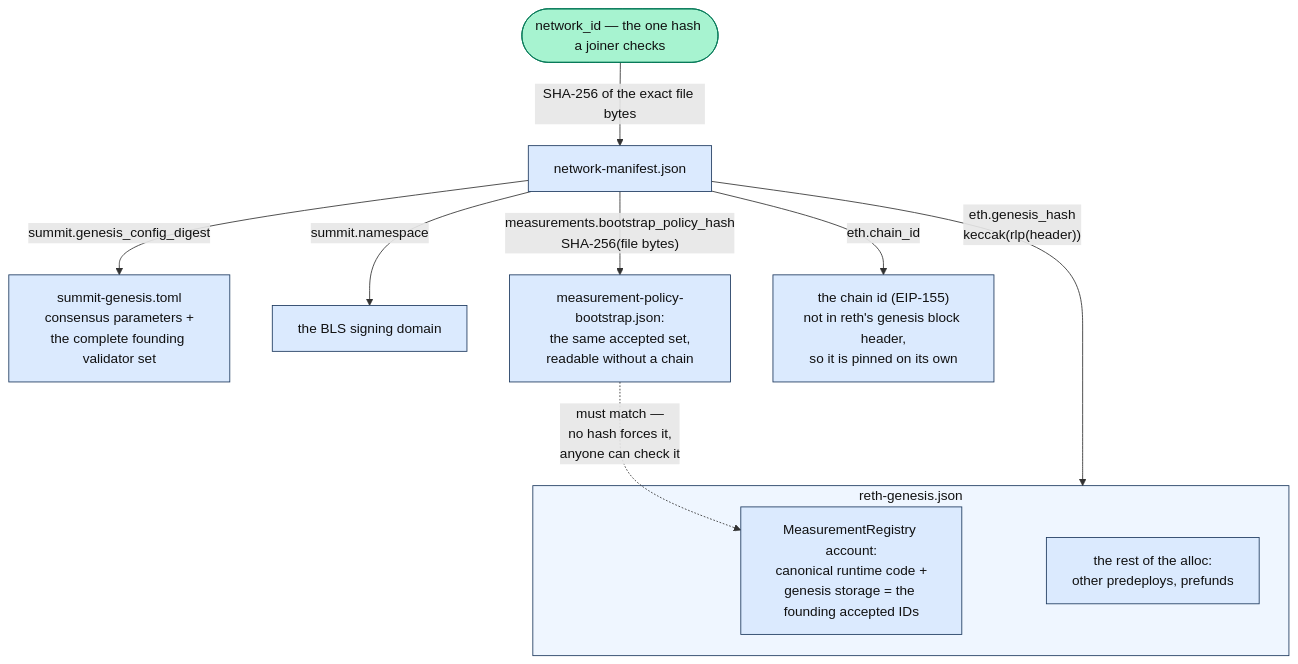
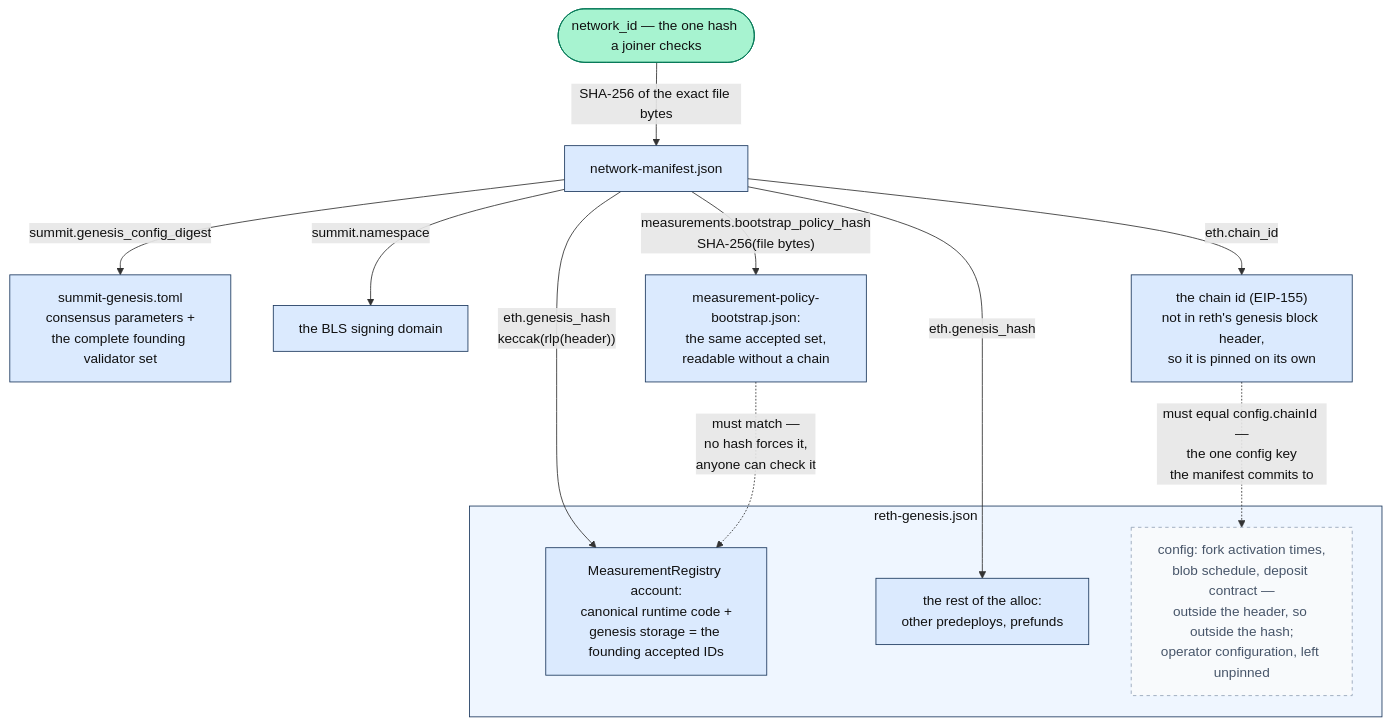
The first of 2 diagrams in docs/tee/network-manifest.md (SeismicSystems/seismic), drawn with Mermaid before and after one commit. The commit also changed other lines of this file and 1 other file, not shown here.

First line of the commit message:
docs(tee): leave the fork schedule out of the manifest

````diff
--- a/docs/tee/network-manifest.md
+++ b/docs/tee/network-manifest.md
@@ -14,21 +14,26 @@
 ```mermaid
 flowchart TD
     NID(["network_id — the one hash a joiner checks"])
     NID -->|"SHA-256 of the exact file bytes"| M["network-manifest.json"]
     subgraph RGF["reth-genesis.json"]
         REG["MeasurementRegistry account:<br/>canonical runtime code +<br/>genesis storage = the founding accepted IDs"]
         ALLOC["the rest of the alloc:<br/>other predeploys, prefunds"]
+        CFG["config: fork activation times,<br/>blob schedule, deposit contract —<br/>outside the header, so outside the hash;<br/>operator configuration, left unpinned"]
     end
-    M -->|"eth.genesis_hash<br/>keccak(rlp(header))"| RGF
+    M -->|"eth.genesis_hash<br/>keccak(rlp(header))"| REG
+    M -->|"eth.genesis_hash"| ALLOC
     M -->|"summit.genesis_config_digest"| SG["summit-genesis.toml<br/>consensus parameters +<br/>the complete founding validator set"]
     M -->|"summit.namespace"| NS["the BLS signing domain"]
     M -->|"measurements.bootstrap_policy_hash<br/>SHA-256(file bytes)"| MP["measurement-policy-bootstrap.json:<br/>the same accepted set,<br/>readable without a chain"]
     MP -.->|"must match —<br/>no hash forces it,<br/>anyone can check it"| REG
     M -->|"eth.chain_id"| CID["the chain id (EIP-155)<br/>not in reth's genesis block header,<br/>so it is pinned on its own"]
+    CID -.->|"must equal config.chainId —<br/>the one config key<br/>the manifest commits to"| CFG
 
     classDef pinned fill:#dbeafe,stroke:#1e3a5f,color:#111;
     classDef root fill:#a7f3d0,stroke:#047857,color:#111;
+    classDef unpinned fill:#f8fafc,stroke:#94a3b8,stroke-dasharray:4,color:#475569;
     class M,SG,MP,REG,ALLOC,CID,NS pinned;
     class NID root;
+    class CFG unpinned;
     style RGF fill:#eff6ff,stroke:#1e3a5f,color:#111;
 ```
````
